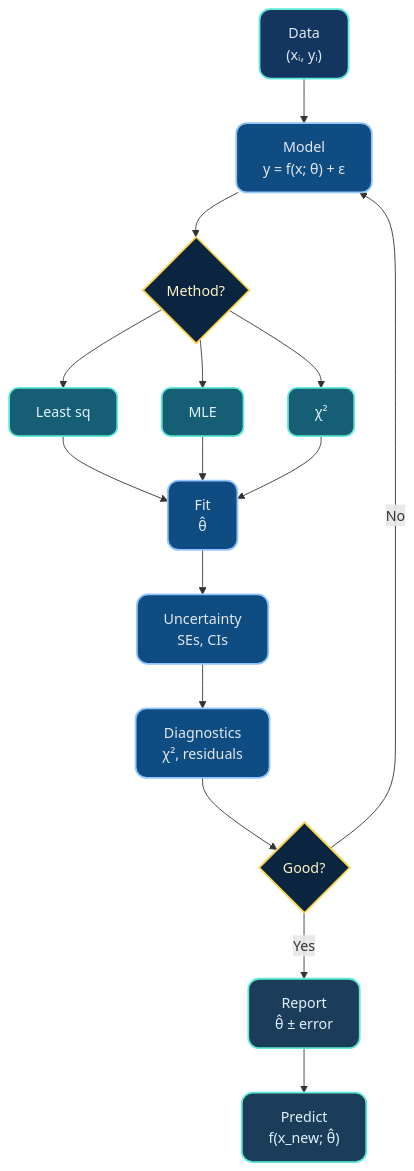
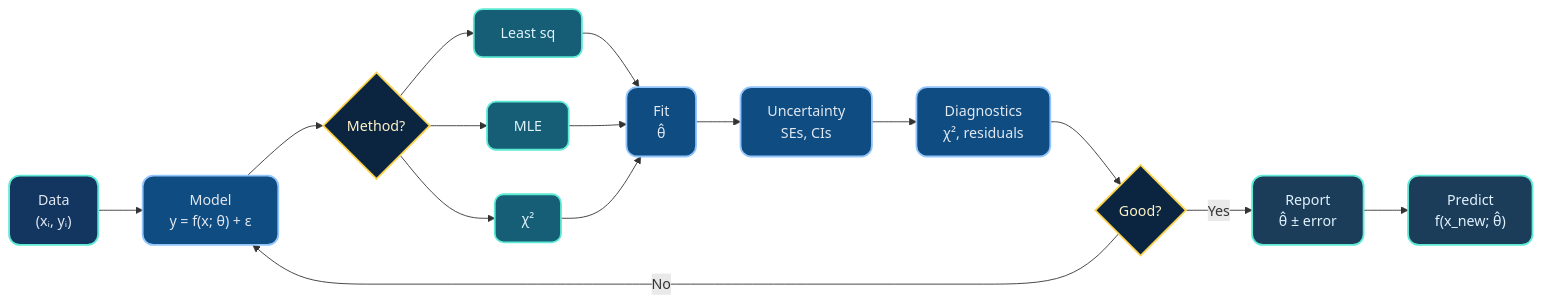
The sixth of 6 diagrams in lectures/content/slides/L9_Probability_and_Statistics.md (MindaugasSarpis/CERN_lessons_on_data_analysis), drawn with Mermaid before and after one commit. The commit also changed other lines of this file and 3 other files, not shown here.

````diff
--- a/lectures/content/slides/L9_Probability_and_Statistics.md
+++ b/lectures/content/slides/L9_Probability_and_Statistics.md
@@ -1685,33 +1713,33 @@
 ```mermaid
 %%{init: {'theme': 'dark', 'themeVariables': {
   'primaryColor': '#0f1f3d',
   'primaryBorderColor': '#60a5fa',
   'primaryTextColor': '#e2e8f0',
   'secondaryColor': '#102b4c',
   'tertiaryColor': '#143860',
   'lineColor': '#5eead4',
   'fontFamily': 'Inter, Segoe UI, sans-serif'
-}, 'flowchart': {'curve': 'basis', 'htmlLabels': true, 'useMaxWidth': true, 'nodeSpacing': 30, 'rankSpacing': 35}}%%
-flowchart TB
+}, 'flowchart': {'curve': 'basis', 'htmlLabels': true, 'useMaxWidth': true, 'nodeSpacing': 28, 'rankSpacing': 32}}%%
+flowchart LR
     Data["Data<br/>(xᵢ, yᵢ)"]:::input --> Model["Model<br/>y = f(x; θ) + ε"]:::process
     Model --> Method{"Method?"}:::decision
     Method --> LS["Least sq"]:::option
     Method --> MLE["MLE"]:::option
     Method --> Chi["χ²"]:::option
 
     LS --> Fit
     MLE --> Fit
     Chi --> Fit
     Fit["Fit<br/>θ̂"]:::process --> Uncertainty["Uncertainty<br/>SEs, CIs"]:::process
     Uncertainty --> Diagnostics["Diagnostics<br/>χ², residuals"]:::process
     Diagnostics --> Decision{"Good?"}:::decision
     Decision -->|Yes| Report["Report<br/>θ̂ ± error"]:::output
     Decision -->|No| Model
     Report --> Predict["Predict<br/>f(x_new; θ̂)"]:::output
 
     classDef input fill:#133661,stroke:#5eead4,stroke-width:2px,color:#e2e8f0,rx:12px,ry:12px;
     classDef process fill:#0f4c81,stroke:#93c5fd,stroke-width:2px,color:#e2e8f0,rx:12px,ry:12px;
     classDef decision fill:#0b2540,stroke:#fcd34d,stroke-width:2px,color:#fef3c7,rx:14px,ry:14px;
     classDef option fill:#155e75,stroke:#5eead4,stroke-width:2px,color:#e0f2fe,rx:10px,ry:10px;
     classDef output fill:#1c3d5a,stroke:#5eead4,stroke-width:2px,color:#e0f2fe,rx:12px,ry:12px;
 ```
````
